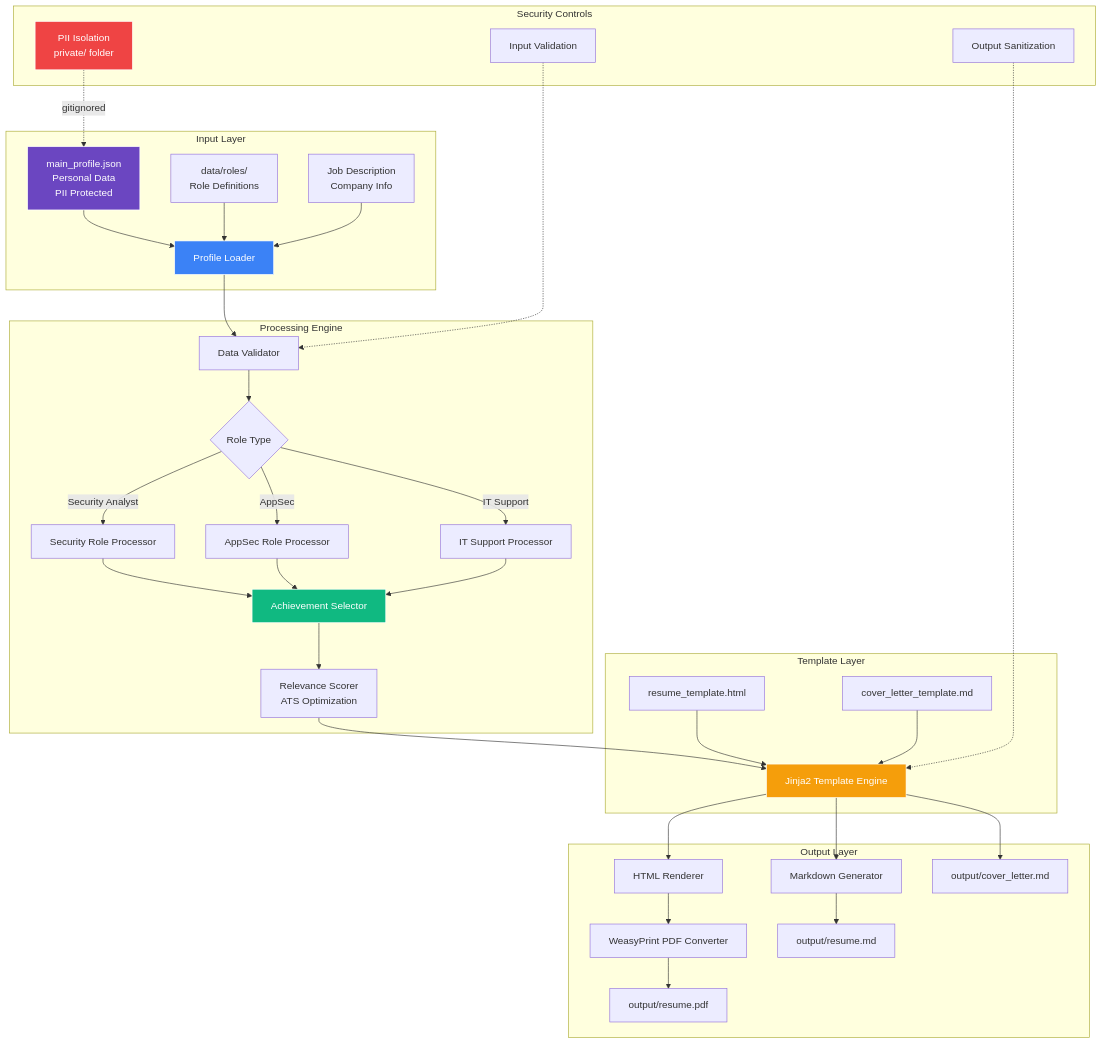
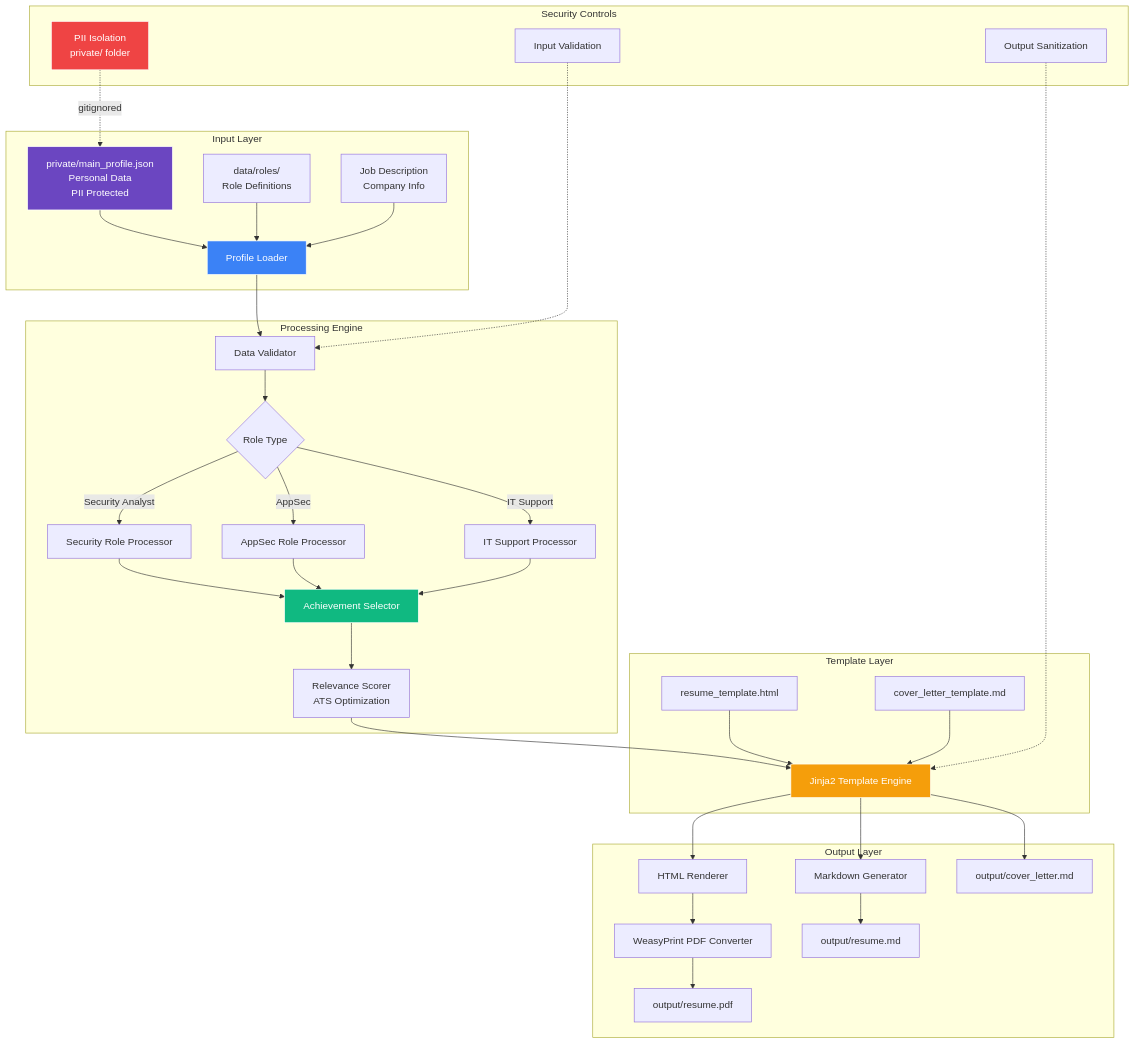
Before and after one commit to VioletFigueroa/resume-automator: the diagram in README.md, drawn with Mermaid. The commit also changed other lines of this file and 3 other files, not shown here.

Commit message:
feat: replace main_profile.json with main_profile.template.json for improved data handling and security

````diff
--- a/README.md
+++ b/README.md
@@ -38,50 +38,50 @@
 ```mermaid
 graph TB
     subgraph "Input Layer"
-        A[main_profile.json<br/>Personal Data<br/>PII Protected] --> B[Profile Loader]
+        A[private/main_profile.json<br/>Personal Data<br/>PII Protected] --> B[Profile Loader]
         C[data/roles/<br/>Role Definitions] --> B
         D[Job Description<br/>Company Info] --> B
     end
     
     subgraph "Processing Engine"
         B --> E[Data Validator]
         E --> F{Role Type}
         F -->|Security Analyst| G[Security Role Processor]
         F -->|AppSec| H[AppSec Role Processor]
         F -->|IT Support| I[IT Support Processor]
         
         G --> J[Achievement Selector]
         H --> J
         I --> J
         
         J --> K[Relevance Scorer<br/>ATS Optimization]
     end
     
     subgraph "Template Layer"
         K --> L[Jinja2 Template Engine]
         M[resume_template.html] --> L
         N[cover_letter_template.md] --> L
     end
     
     subgraph "Output Layer"
         L --> O[Markdown Generator]
         L --> P[HTML Renderer]
         P --> Q[WeasyPrint PDF Converter]
         
         O --> R[output/resume.md]
         Q --> S[output/resume.pdf]
         L --> T[output/cover_letter.md]
     end
     
     subgraph "Security Controls"
         U[PII Isolation<br/>private/ folder] -.->|gitignored| A
         V[Input Validation] -.-> E
         W[Output Sanitization] -.-> L
     end
     
     style A fill:#6B46C1,stroke:#fff,color:#fff
     style B fill:#3B82F6,stroke:#fff,color:#fff
     style J fill:#10B981,stroke:#fff,color:#fff
     style L fill:#F59E0B,stroke:#fff,color:#fff
     style U fill:#EF4444,stroke:#fff,color:#fff
 ```
````
